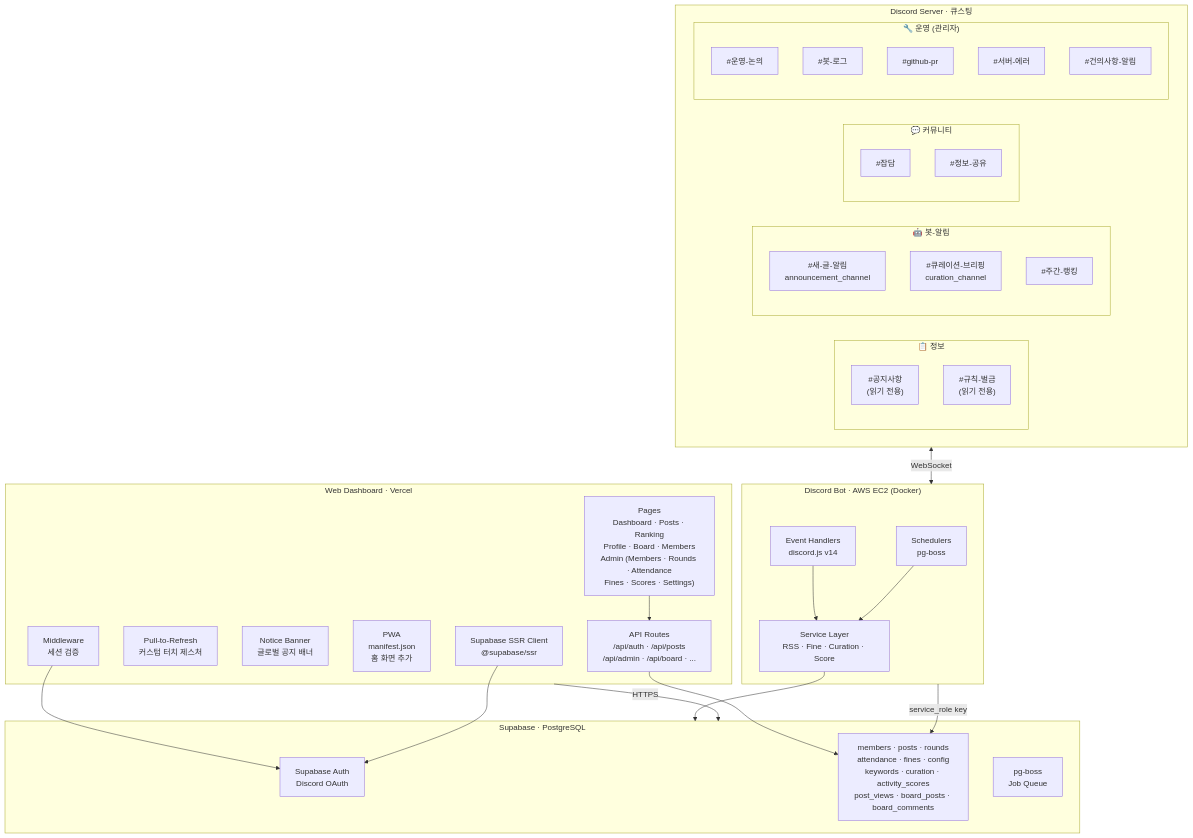
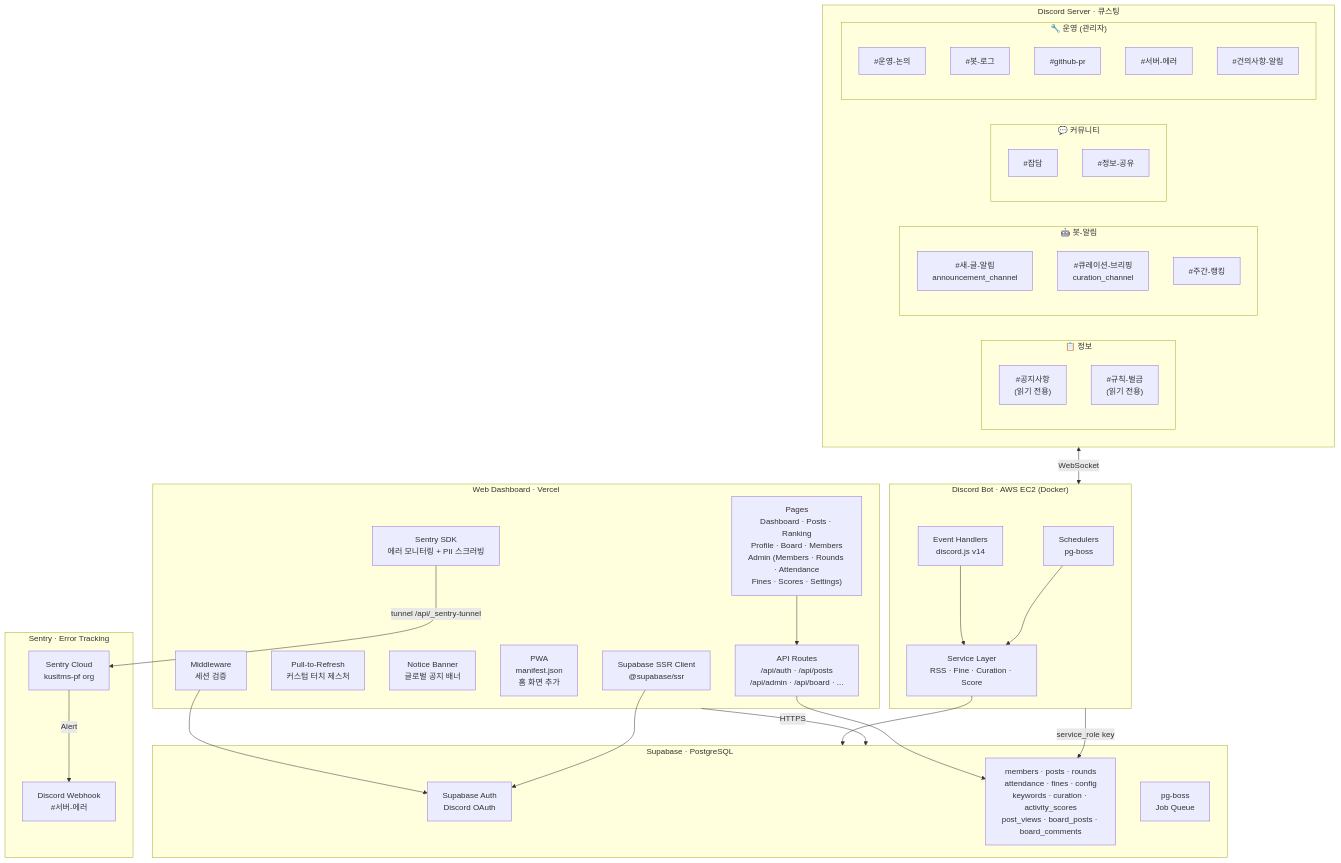
The first of 9 diagrams in docs/ARCHITECTURE.md (bbbang105/study-admin), drawn with Mermaid before and after one commit. The commit also changed other lines of this file and 12 other files, not shown here.

First line of the commit message:
feat(web): Sentry 에러 모니터링 연동 (#42)

````diff
--- a/docs/ARCHITECTURE.md
+++ b/docs/ARCHITECTURE.md
@@ -9,59 +9,67 @@
 ```mermaid
 graph TB
     subgraph Discord["Discord Server · 큐스팅"]
         subgraph DCH_INFO["📋 정보"]
             CH_NOTICE["#공지사항<br/>(읽기 전용)"]
             CH_RULES["#규칙-벌금<br/>(읽기 전용)"]
         end
         subgraph DCH_BOT["🤖 봇-알림"]
             CH_RSS["#새-글-알림<br/>announcement_channel"]
             CH_CURA["#큐레이션-브리핑<br/>curation_channel"]
             CH_RANK["#주간-랭킹"]
         end
         subgraph DCH_COMM["💬 커뮤니티"]
             CH_CHAT["#잡담"]
             CH_SHARE["#정보-공유"]
         end
         subgraph DCH_OPS["🔧 운영 (관리자)"]
             CH_OPS["#운영-논의"]
             CH_LOG["#봇-로그"]
             CH_PR["#github-pr"]
             CH_ERR["#서버-에러"]
             CH_SUGGEST["#건의사항-알림"]
         end
     end
 
     subgraph Bot["Discord Bot · AWS EC2 (Docker)"]
         SCH["Schedulers<br/>pg-boss"]
         EVT["Event Handlers<br/>discord.js v14"]
         SVC["Service Layer<br/>RSS · Fine · Curation · Score"]
     end
 
     subgraph DB["Supabase · PostgreSQL"]
         AUTH["Supabase Auth<br/>Discord OAuth"]
         TABLES["members · posts · rounds<br/>attendance · fines · config<br/>keywords · curation · activity_scores<br/>post_views · board_posts · board_comments"]
         PGBOSS["pg-boss<br/>Job Queue"]
     end
 
     subgraph Web["Web Dashboard · Vercel"]
         MW["Middleware<br/>세션 검증"]
         PAGES["Pages<br/>Dashboard · Posts · Ranking<br/>Profile · Board · Members<br/>Admin (Members · Rounds · Attendance<br/>Fines · Scores · Settings)"]
         PTR["Pull-to-Refresh<br/>커스텀 터치 제스처"]
         BANNER["Notice Banner<br/>글로벌 공지 배너"]
         PWA["PWA<br/>manifest.json<br/>홈 화면 추가"]
         API["API Routes<br/>/api/auth · /api/posts<br/>/api/admin · /api/board · ..."]
         SUPA_CLIENT["Supabase SSR Client<br/>@supabase/ssr"]
+        SENTRY_WEB["Sentry SDK<br/>에러 모니터링 + PII 스크러빙"]
+    end
+
+    subgraph Monitoring["Sentry · Error Tracking"]
+        SENTRY["Sentry Cloud<br/>kusitms-pf org"]
+        DISCORD_WH["Discord Webhook<br/>#서버-에러"]
     end
 
     Discord <-->|WebSocket| Bot
     EVT --> SVC
     SCH --> SVC
     SVC --> DB
     Bot -->|service_role key| TABLES
 
     Web -->|HTTPS| DB
     MW --> AUTH
     SUPA_CLIENT --> AUTH
     API --> TABLES
     PAGES --> API
+    SENTRY_WEB -->|tunnel /api/_sentry-tunnel| SENTRY
+    SENTRY -->|Alert| DISCORD_WH
 ```
````
